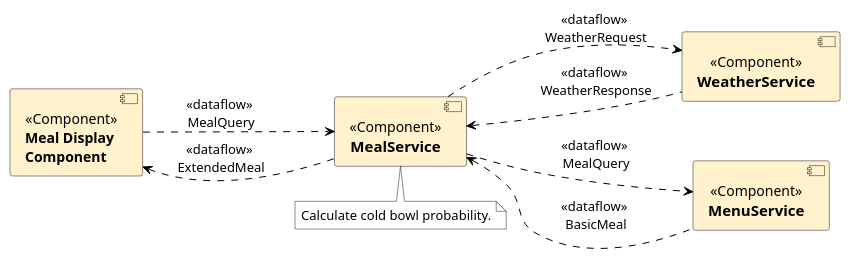
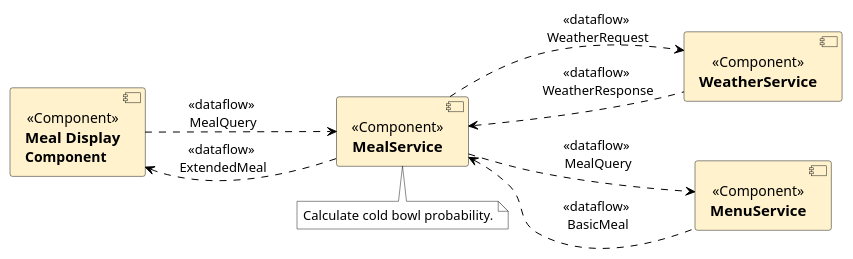
Before and after one commit to YanChunChang/BA_Plantuml: the diagram in what2eat/4.2-system-structure.plantuml, drawn with PlantUML. The commit also changed 4 other files, not shown here.

```diff
--- a/what2eat/4.2-system-structure.plantuml
+++ b/what2eat/4.2-system-structure.plantuml
@@ -1,25 +1,26 @@
 @startuml system structure
 left to right direction
 skinparam component {
     backgroundColor<<Component>> #fff2cc
     FontStyle normal
 }
 
-[**Meal** **Display** \n**Component**] <<Component>> as a
+'** und === für Bold
+[===Meal Display \n**Component**] <<Component>> as a
 [===MealService] <<Component>> as b
 [===WeatherService] <<Component>> as c
 [===MenuService] <<Component>> as d
 
 a --> b  #black;line.dashed;:<<dataflow>>\n MealQuery
 a <-- b  #black;line.dashed;:<<dataflow>>\n ExtendedMeal
 
 b --> c  #black;line.dashed;:<<dataflow>>\n WeatherRequest
 b <-- c  #black;line.dashed;:<<dataflow>>\n WeatherResponse
 
 b --> d  #black;line.dashed;:<<dataflow>>\n MealQuery
 b <-- d  #black;line.dashed;:<<dataflow>>\n BasicMeal
 
 note "Calculate cold bowl probability." as n #ffffff
 n -left- b  #black;line.dashed;
 
 @enduml
```
